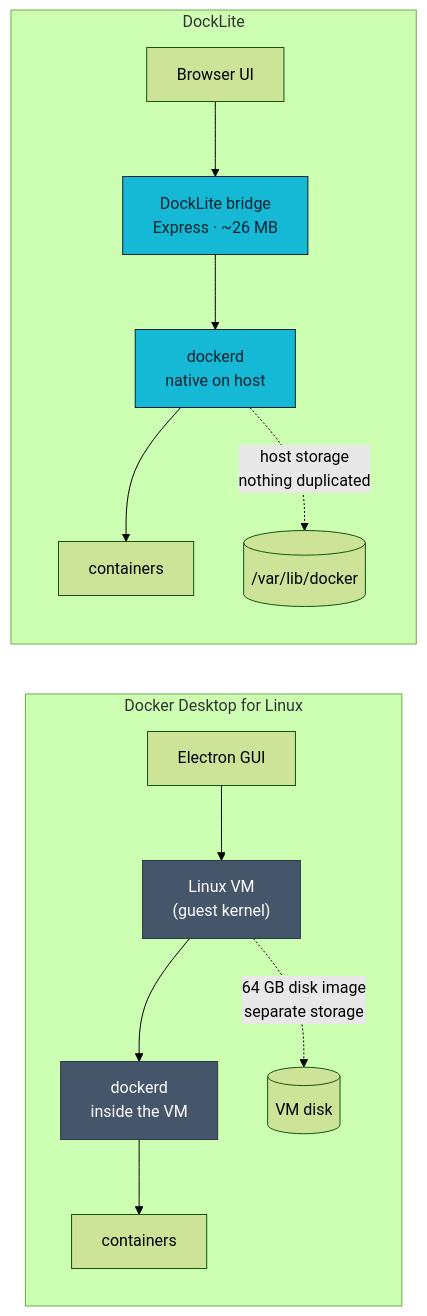
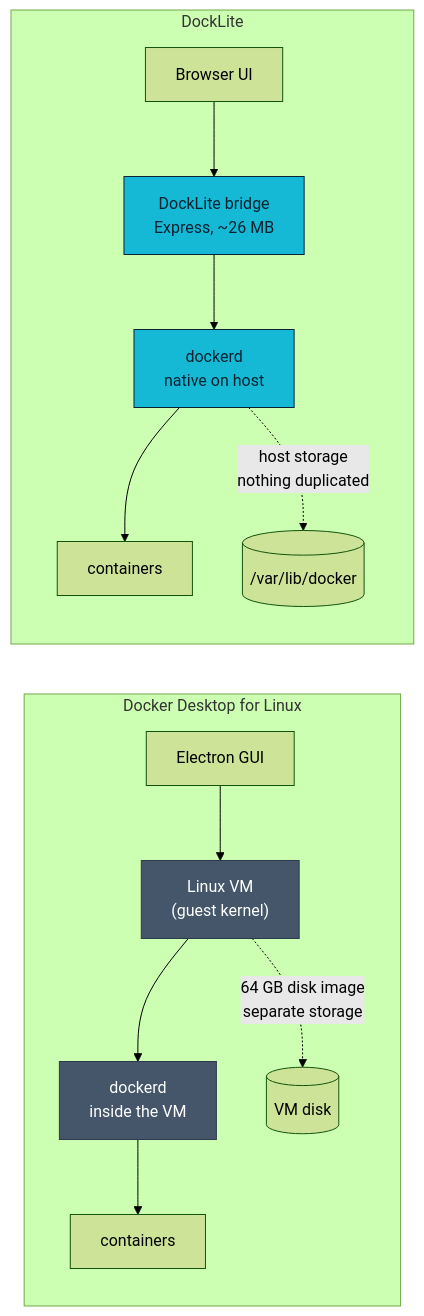
One commit to amali01/docker-lite-web changed the first of 2 diagrams in README.md. Above: the diagram before and after it, drawn with Mermaid (forest theme). The commit also changed other lines of this file and 5 other files, not shown here.

````diff
--- a/README.md
+++ b/README.md
@@ -50,21 +52,21 @@
 ```mermaid
 flowchart LR
   subgraph DD["Docker Desktop for Linux"]
     direction TB
     G["Electron GUI"] --> VM["Linux VM<br/>(guest kernel)"]
     VM --> DDD["dockerd<br/>inside the VM"]
     DDD --> DC["containers"]
     VM -. "64 GB disk image<br/>separate storage" .-> DISK[("VM disk")]
   end
   subgraph DL["DockLite"]
     direction TB
-    B["Browser UI"] --> BR["DockLite bridge<br/>Express · ~26 MB"]
+    B["Browser UI"] --> BR["DockLite bridge<br/>Express, ~26 MB"]
     BR --> HD["dockerd<br/>native on host"]
     HD --> HC["containers"]
     HD -. "host storage<br/>nothing duplicated" .-> HDISK[("/var/lib/docker")]
   end
   classDef vm fill:#45566A,color:#ffffff,stroke:#2C3A49;
   classDef lite fill:#15B9D6,color:#06222E,stroke:#0C2236;
   class VM,DDD vm;
   class BR,HD lite;
 ```
````
